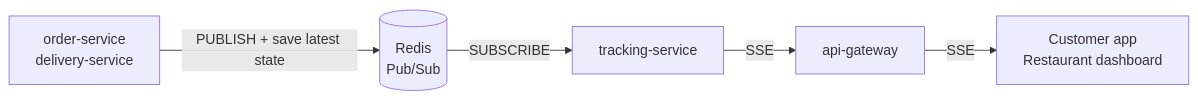
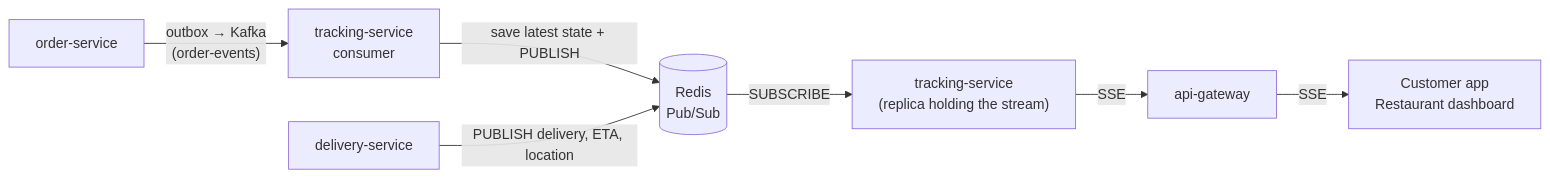
One commit to umer-emumba/smartfoodops-ms changed the third of 27 diagrams in docs/diagrams.md. Above: the diagram before and after it, drawn with Mermaid. The commit also changed other lines of this file and 18 other files, not shown here.

````diff
--- a/docs/diagrams.md
+++ b/docs/diagrams.md
@@ -102,7 +107,9 @@
 ```mermaid
 flowchart LR
-    P["order-service<br/>delivery-service"] -->|"PUBLISH + save latest state"| RD[("Redis<br/>Pub/Sub")]
-    RD -->|SUBSCRIBE| TS[tracking-service]
+    OS[order-service] -->|"outbox → Kafka<br/>(order-events)"| TC["tracking-service<br/>consumer"]
+    TC -->|"save latest state + PUBLISH"| RD[("Redis<br/>Pub/Sub")]
+    DS[delivery-service] -->|"PUBLISH delivery, ETA, location"| RD
+    RD -->|SUBSCRIBE| TS["tracking-service<br/>(replica holding the stream)"]
     TS -->|SSE| GW[api-gateway]
     GW -->|SSE| S["Customer app<br/>Restaurant dashboard"]
 ```
````
